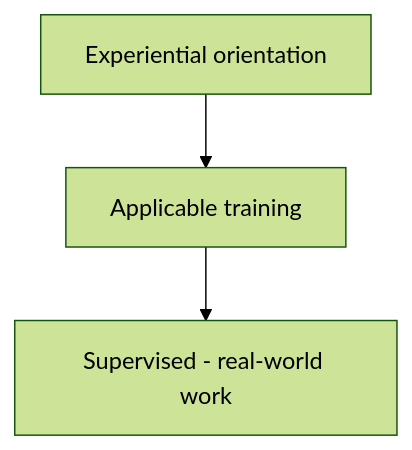
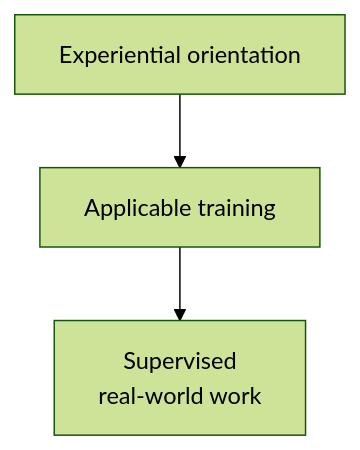
The seventh of 18 diagrams in RIAH-PATHWAY-EXPERIENTIAL-STRUCTURE/EXPERIENTIAL-STRUCTURE.md (RIAHPathway/Website-Draft), drawn with Mermaid (forest theme) before and after one commit. The commit also changed other lines of this file, not shown here.

Commit message:
Fix Mermaid rendering in experiential structure

````diff
--- a/RIAH-PATHWAY-EXPERIENTIAL-STRUCTURE/EXPERIENTIAL-STRUCTURE.md
+++ b/RIAH-PATHWAY-EXPERIENTIAL-STRUCTURE/EXPERIENTIAL-STRUCTURE.md
@@ -535,5 +535,5 @@
 ```mermaid
-flowchart TD
+graph TD
     A["Experiential orientation"] --> B["Applicable training"]
-    B --> C["Supervised - real-world work"]
+    B --> C["Supervised<br/>real-world work"]
 ```
````
